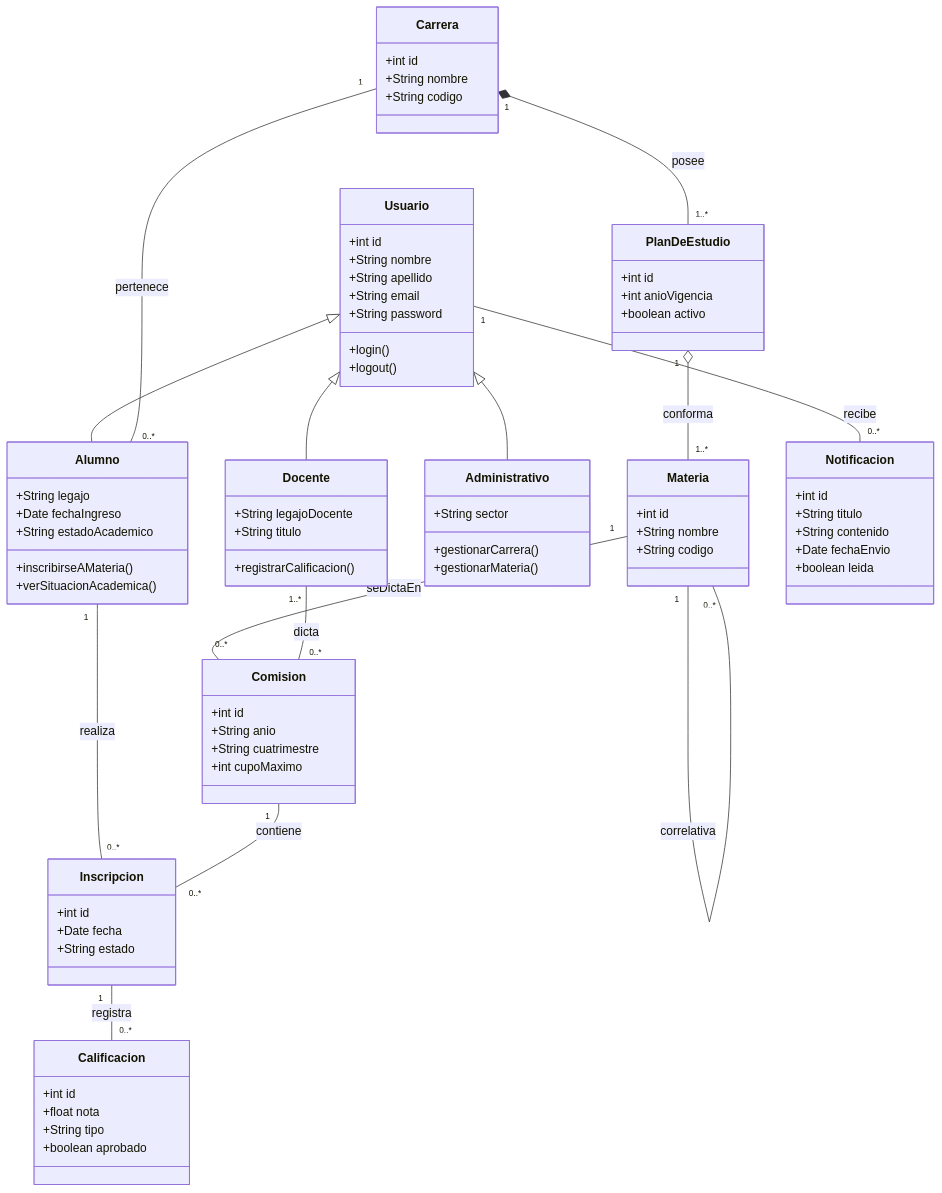
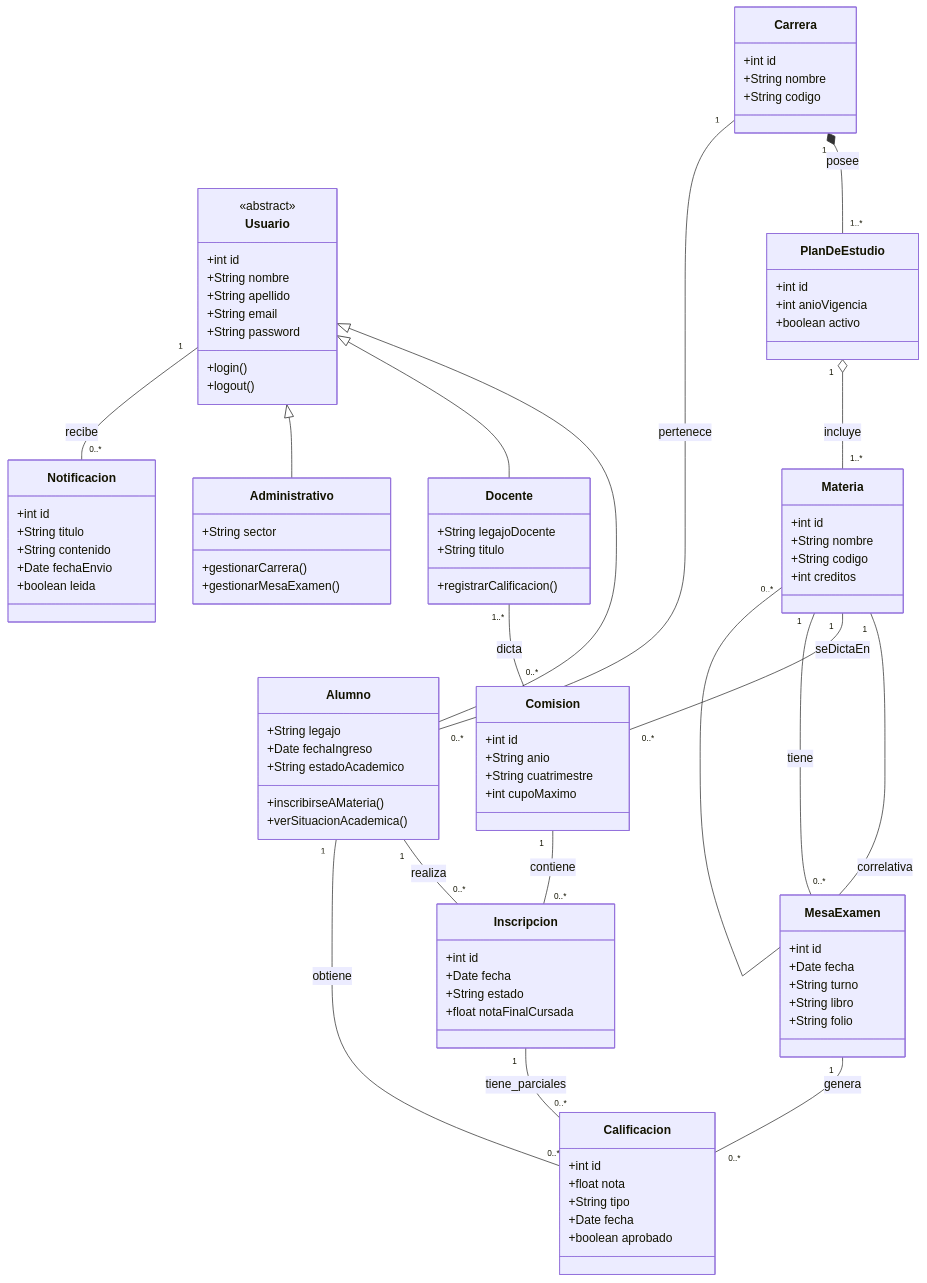
One commit to Jp-004/Ingenieria-de-software changed the diagram in Requirements.md. Above: the diagram before and after it, drawn with Mermaid.

````diff
--- a/Requirements.md
+++ b/Requirements.md
@@ -99,6 +99,7 @@
 ```mermaid
 classDiagram
     class Usuario {
+        <<abstract>>
         +int id
         +String nombre
         +String apellido
@@ -107,6 +108,7 @@
         +login()
         +logout()
     }
+
     class Alumno {
         +String legajo
         +Date fechaIngreso
@@ -114,48 +116,68 @@
         +inscribirseAMateria()
         +verSituacionAcademica()
     }
+
     class Docente {
         +String legajoDocente
         +String titulo
         +registrarCalificacion()
     }
+
     class Administrativo {
         +String sector
         +gestionarCarrera()
-        +gestionarMateria()
+        +gestionarMesaExamen()
     }
+
     class Carrera {
         +int id
         +String nombre
         +String codigo
     }
+
     class PlanDeEstudio {
         +int id
         +int anioVigencia
         +boolean activo
     }
+
     class Materia {
         +int id
         +String nombre
         +String codigo
+        +int creditos
     }
+
     class Comision {
         +int id
         +String anio
         +String cuatrimestre
         +int cupoMaximo
     }
+
     class Inscripcion {
         +int id
         +Date fecha
         +String estado
+        +float notaFinalCursada
     }
+
     class Calificacion {
         +int id
         +float nota
         +String tipo
+        +Date fecha
         +boolean aprobado
     }
+
+    class MesaExamen {
+        +int id
+        +Date fecha
+        +String turno
+        +String libro
+        +String folio
+    }
+
     class Notificacion {
         +int id
         +String titulo
@@ -168,17 +190,20 @@
     Usuario <|-- Docente
     Usuario <|-- Administrativo
 
+    Carrera "1" *-- "1..*" PlanDeEstudio : posee
+    PlanDeEstudio "1" o-- "1..*" Materia : incluye
+    Materia "1" -- "0..*" Materia : correlativa
     Carrera "1" -- "0..*" Alumno : pertenece
-    Carrera "1" *-- "1..*" PlanDeEstudio : posee
-    PlanDeEstudio "1" o-- "1..*" Materia : conforma
-    Materia "1" -- "0..*" Materia : correlativa
 
     Materia "1" -- "0..*" Comision : seDictaEn
     Docente "1..*" -- "0..*" Comision : dicta
-
     Alumno "1" -- "0..*" Inscripcion : realiza
     Comision "1" -- "0..*" Inscripcion : contiene
-    Inscripcion "1" -- "0..*" Calificacion : registra
+    Inscripcion "1" -- "0..*" Calificacion : tiene_parciales
+
+    Materia "1" -- "0..*" MesaExamen : tiene
+    MesaExamen "1" -- "0..*" Calificacion : genera
+    Alumno "1" -- "0..*" Calificacion : obtiene
+
     Usuario "1" -- "0..*" Notificacion : recibe
-
 ```
````
